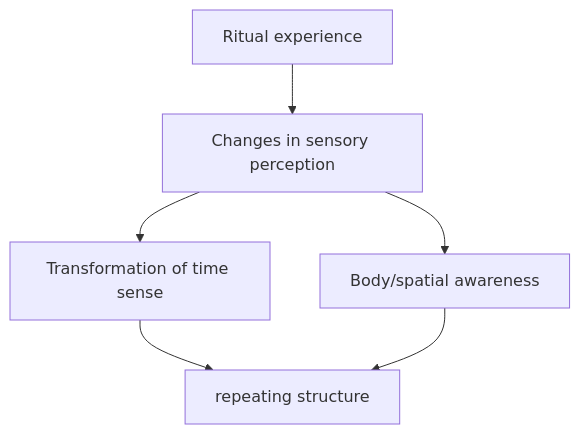
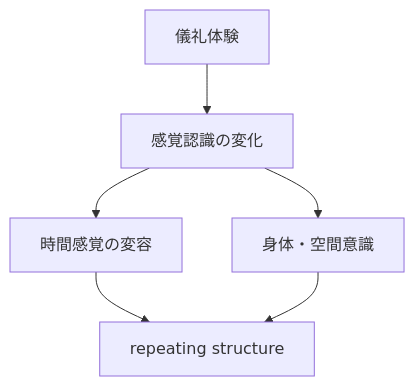
The second of 2 diagrams in en/_posts/2026-01-23-column-ayahuasca-musician.md (monumental-movement/monumental-movement.github.io), drawn with Mermaid before and after one commit. The commit also changed other lines of this file and 2196 other files, not shown here.

```diff
--- a/en/_posts/2026-01-23-column-ayahuasca-musician.md
+++ b/en/_posts/2026-01-23-column-ayahuasca-musician.md
@@ -134,8 +133,8 @@
 <div class="mermaid">
 graph TD
-    A[Ritual experience] --> B[Changes in sensory perception]
-    B --> C[Transformation of time sense]
-    B --> D[Body/spatial awareness]
+    A[儀礼体験] --> B[感覚認識の変化]
+    B --> C[時間感覚の変容]
+    B --> D[身体・空間意識]
     C --> E[repeating structure]
     D --> E
 </div>
```
